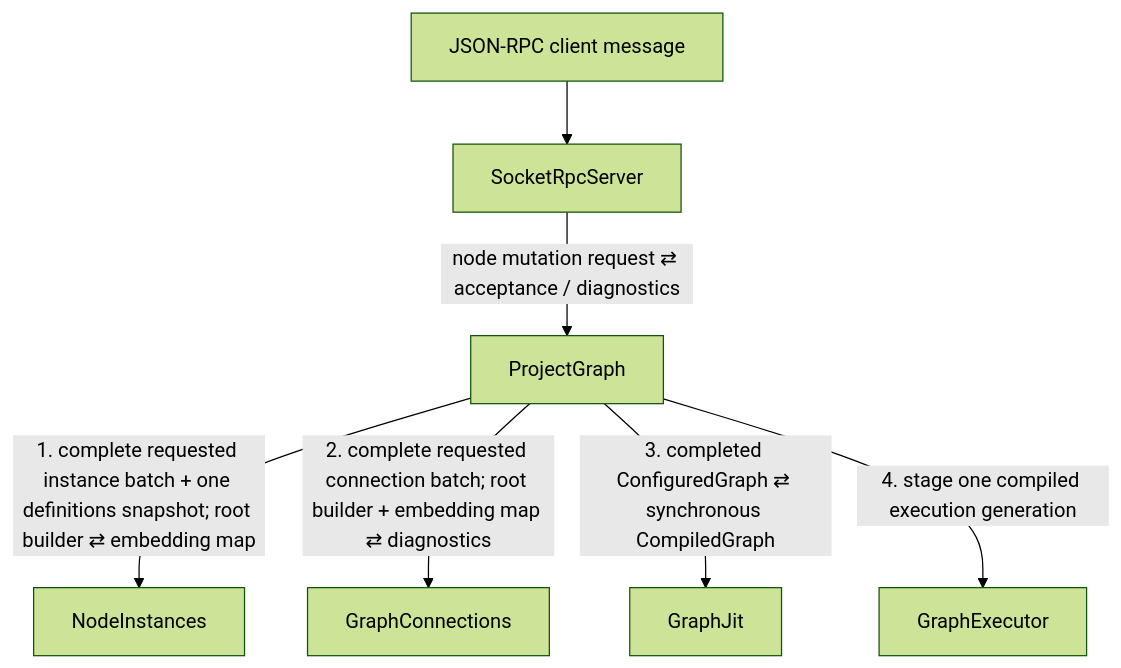
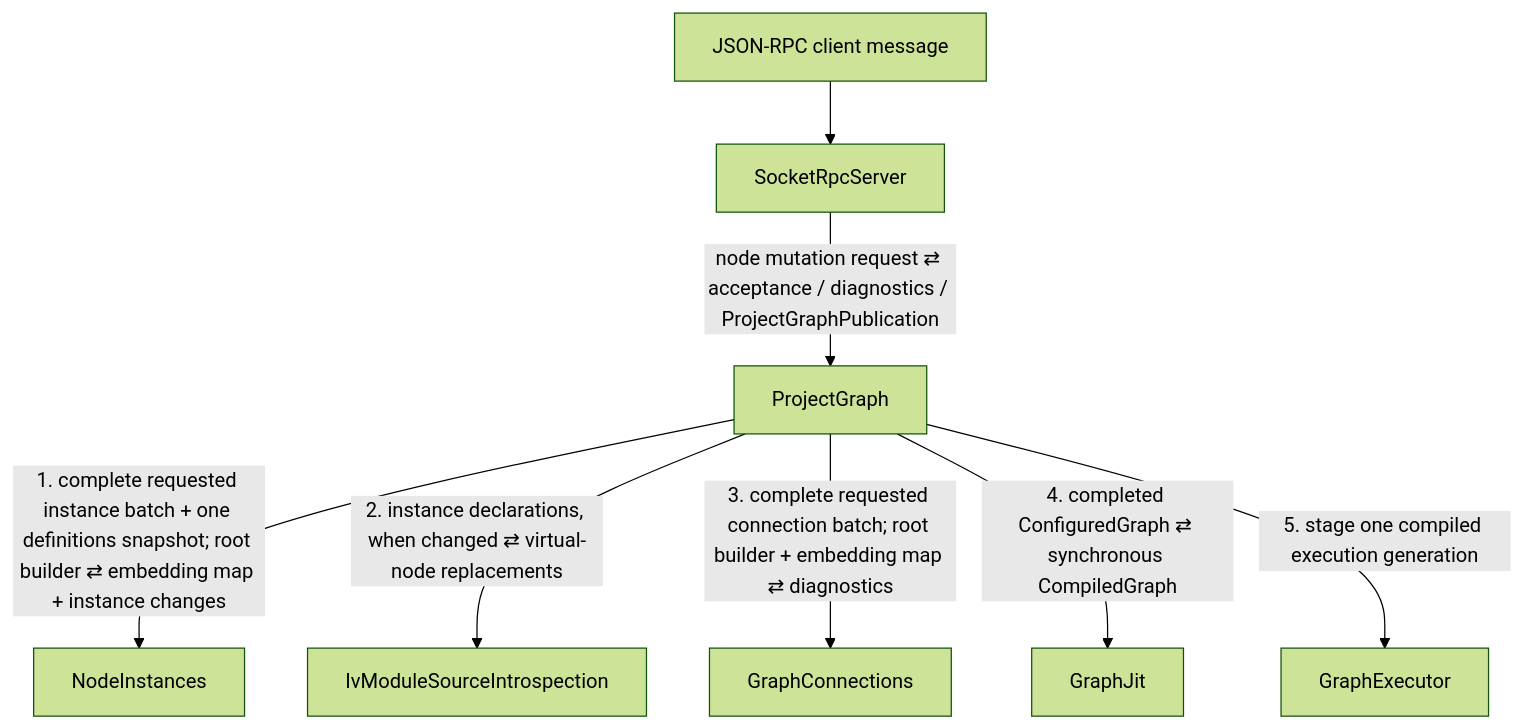
Before and after one commit to ljleb/intravenous: the diagram in docs/event_flows/user_node_mutation.md, drawn with Mermaid (forest theme). The commit also changed other lines of this file and 72 other files, not shown here.

Commit message:
refact app module graph for tree event propagation

````diff
--- a/docs/event_flows/user_node_mutation.md
+++ b/docs/event_flows/user_node_mutation.md
@@ -8,17 +8,19 @@
 ```mermaid
 flowchart TD
     SRC["JSON-RPC client message"]
     RPC["SocketRpcServer"]
     PG["ProjectGraph"]
     NI["NodeInstances"]
     GC["GraphConnections"]
+    IMSI["IvModuleSourceIntrospection"]
     GJ["GraphJit"]
     GE["GraphExecutor"]
 
     SRC --> RPC
-    RPC -->|"node mutation request ⇄ acceptance / diagnostics"| PG
-    PG -->|"1. complete requested instance batch + one definitions snapshot; root builder ⇄ embedding map"| NI
-    PG -->|"2. complete requested connection batch; root builder + embedding map ⇄ diagnostics"| GC
-    PG -->|"3. completed ConfiguredGraph ⇄ synchronous CompiledGraph"| GJ
-    PG -->|"4. stage one compiled execution generation"| GE
+    RPC -->|"node mutation request ⇄ acceptance / diagnostics / ProjectGraphPublication"| PG
+    PG -->|"1. complete requested instance batch + one definitions snapshot; root builder ⇄ embedding map + instance changes"| NI
+    PG -->|"2. instance declarations, when changed ⇄ virtual-node replacements"| IMSI
+    PG -->|"3. complete requested connection batch; root builder + embedding map ⇄ diagnostics"| GC
+    PG -->|"4. completed ConfiguredGraph ⇄ synchronous CompiledGraph"| GJ
+    PG -->|"5. stage one compiled execution generation"| GE
 ```
````
